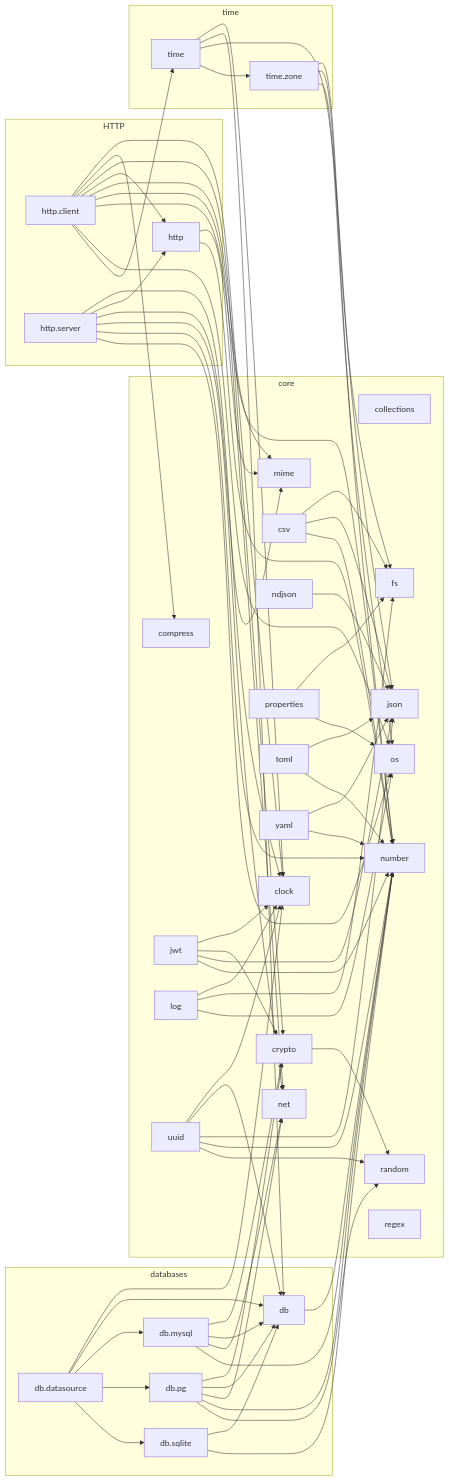
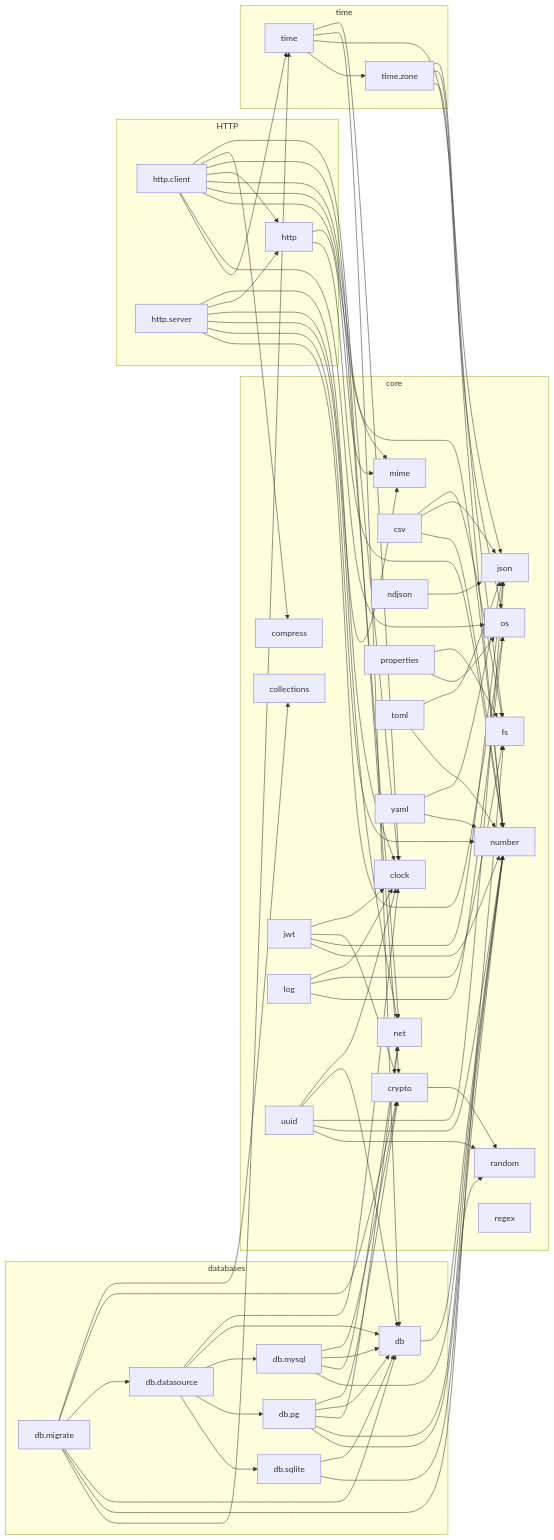
Before and after one commit to vasnatech/ziman: the diagram in docs/lib/dependencies.md, drawn with Mermaid. The commit also changed other lines of this file and 11 other files, not shown here.

```diff
--- a/docs/lib/dependencies.md
+++ b/docs/lib/dependencies.md
@@ -32,6 +32,7 @@
     subgraph group_db["databases"]
         datasource["db.datasource"]
         db["db"]
+        migrate["db.migrate"]
         mysql["db.mysql"]
         pg["db.pg"]
         sqlite["db.sqlite"]
@@ -73,6 +74,12 @@
     log --> clock
     log --> fs
     log --> os
+    migrate --> collections
+    migrate --> crypto
+    migrate --> datasource
+    migrate --> db
+    migrate --> fs
+    migrate --> time
     mysql --> crypto
     mysql --> db
     mysql --> net
```
